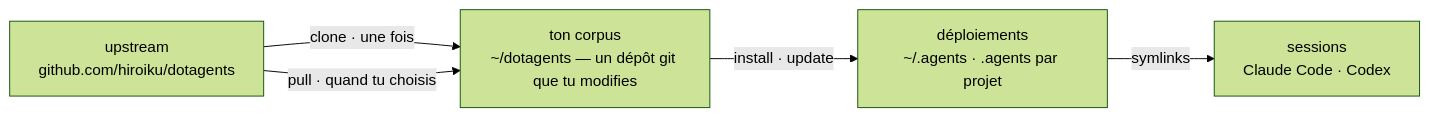
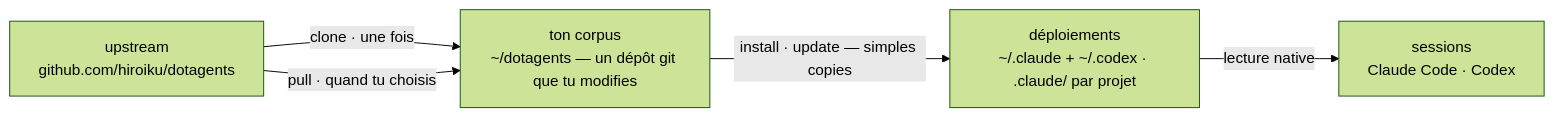
Before and after one commit to hiroiku/dotagents: the diagram in docs/README.fr.md, drawn with Mermaid (forest theme). The commit also changed other lines of this file and 18 other files, not shown here.

````diff
--- a/docs/README.fr.md
+++ b/docs/README.fr.md
@@ -18,11 +18,11 @@
 ```mermaid
 flowchart LR
     UP["upstream<br>github.com/hiroiku/dotagents"]
     C["ton corpus<br>~/dotagents — un dépôt git que tu modifies"]
-    A["déploiements<br>~/.agents · .agents par projet"]
+    A["déploiements<br>~/.claude + ~/.codex · .claude/ par projet"]
     S["sessions<br>Claude Code · Codex"]
     UP -->|"clone · une fois"| C
     UP -->|"pull · quand tu choisis"| C
-    C -->|"install · update"| A
-    A -->|"symlinks"| S
+    C -->|"install · update — simples copies"| A
+    A -->|"lecture native"| S
 ```
````
